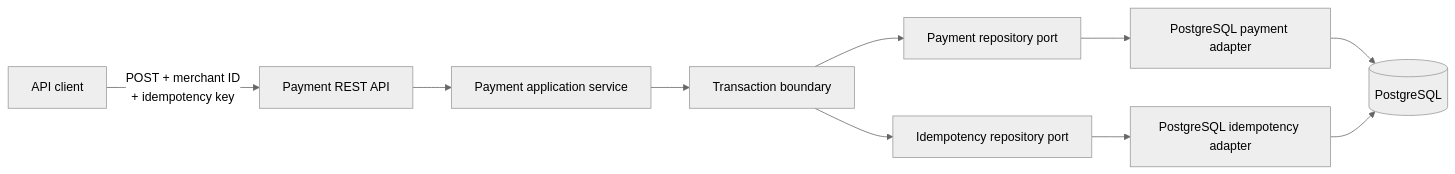
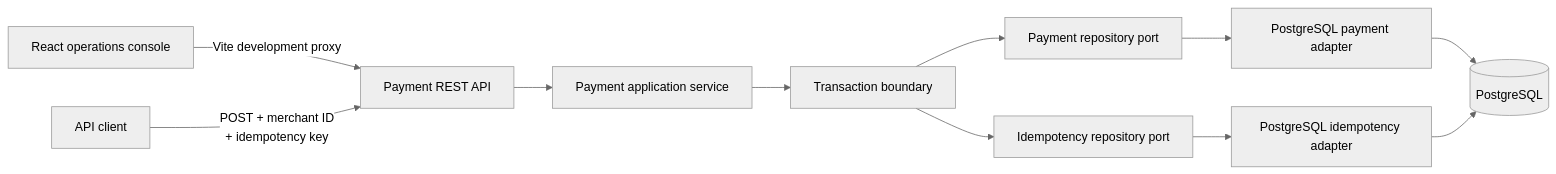
The first of 2 diagrams in README.md (yasaswimandava/payment-reliability-lab), drawn with Mermaid (neutral theme) before and after one commit. The commit also changed other lines of this file and 10 other files, not shown here.

Commit message:
feat: add interactive payment operations console

````diff
--- a/README.md
+++ b/README.md
@@ -44,12 +45,13 @@
 ```mermaid
 flowchart LR
+    Console[React operations console] -->|Vite development proxy| Controller
     Client[API client] -->|POST + merchant ID<br/>+ idempotency key| Controller[Payment REST API]
     Controller --> Application[Payment application service]
     Application --> Transaction[Transaction boundary]
     Transaction --> PaymentPort[Payment repository port]
     Transaction --> KeyPort[Idempotency repository port]
     PaymentPort --> PaymentAdapter[PostgreSQL payment adapter]
     KeyPort --> KeyAdapter[PostgreSQL idempotency adapter]
     PaymentAdapter --> DB[(PostgreSQL)]
     KeyAdapter --> DB
 ```
````
